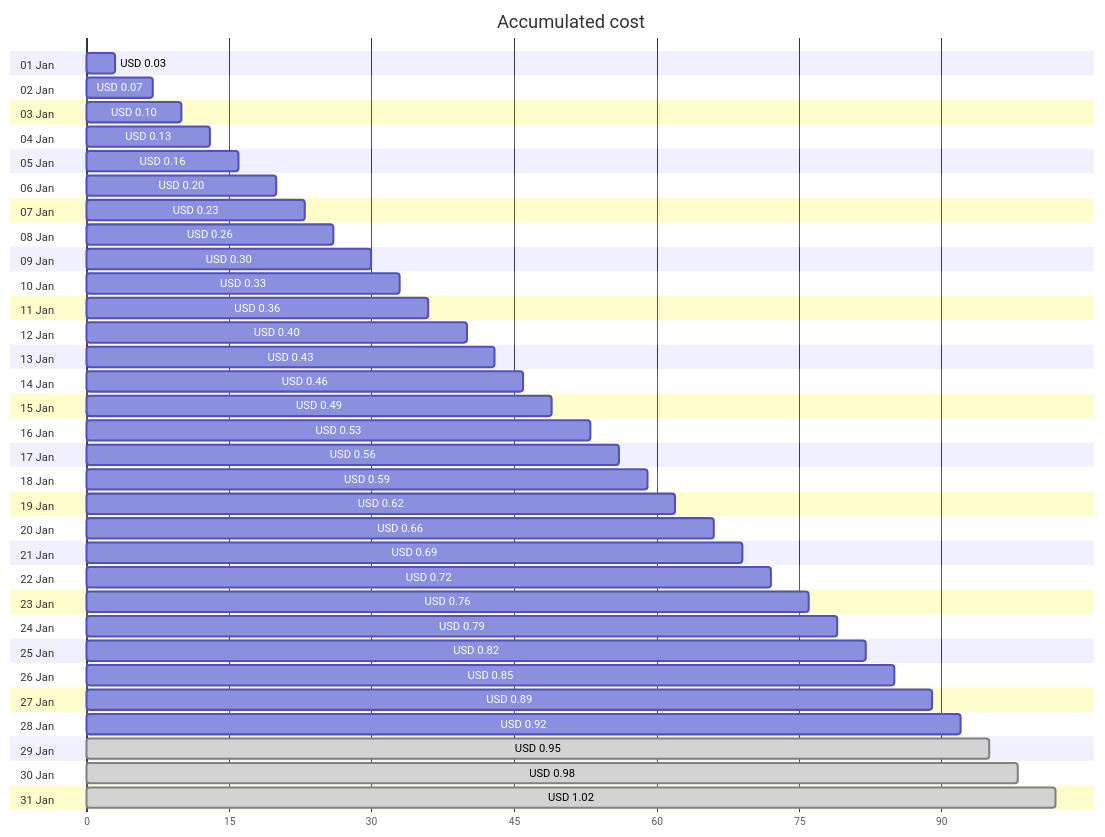
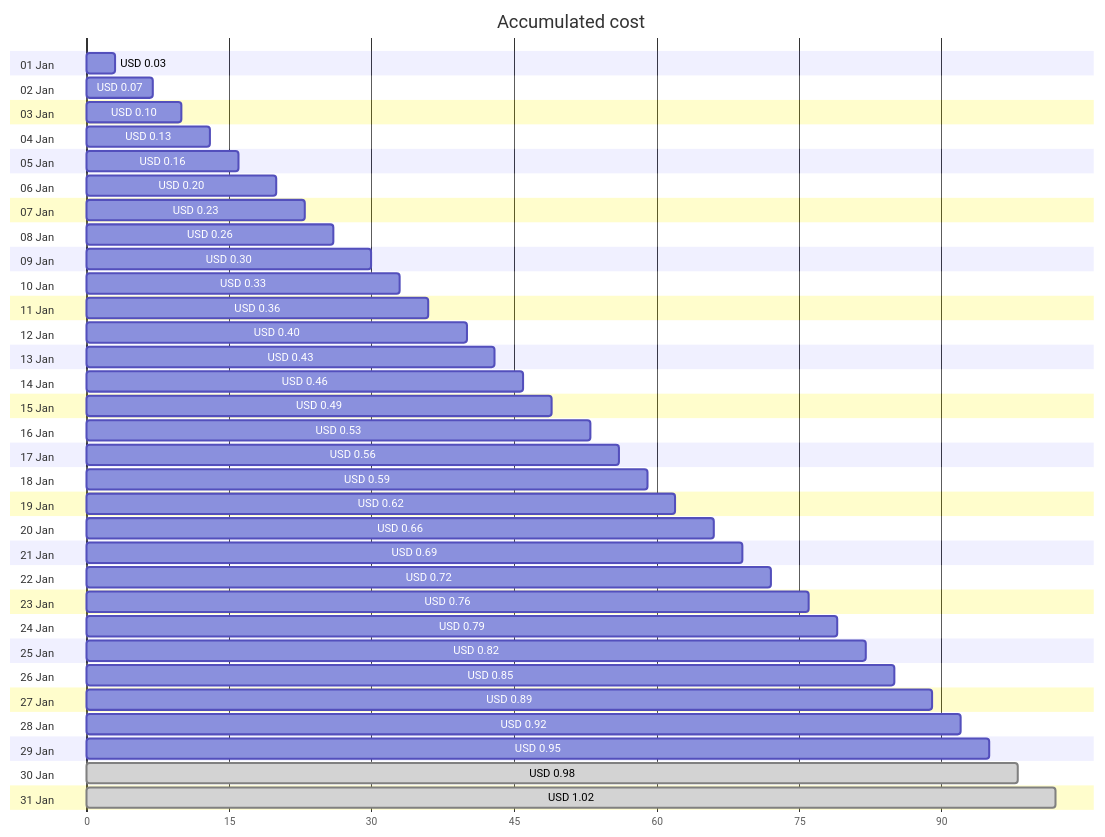
One commit to jpfulton/azure-personal-reports changed the first of 4 diagrams in cost-reports/personal-dns/README.md. Above: the diagram before and after it, drawn with Mermaid. The commit also changed other lines of this file and 2 other files, not shown here.

````diff
--- a/cost-reports/personal-dns/README.md
+++ b/cost-reports/personal-dns/README.md
@@ -20,68 +20,68 @@
 ```mermaid
 gantt
    title Accumulated cost
    dateFormat  X
    axisFormat %s
    section 01 Jan
    USD 0.03 :0, 3
    section 02 Jan
    USD 0.07 :0, 7
    section 03 Jan
    USD 0.10 :0, 10
    section 04 Jan
    USD 0.13 :0, 13
    section 05 Jan
    USD 0.16 :0, 16
    section 06 Jan
    USD 0.20 :0, 20
    section 07 Jan
    USD 0.23 :0, 23
    section 08 Jan
    USD 0.26 :0, 26
    section 09 Jan
    USD 0.30 :0, 30
    section 10 Jan
    USD 0.33 :0, 33
    section 11 Jan
    USD 0.36 :0, 36
    section 12 Jan
    USD 0.40 :0, 40
    section 13 Jan
    USD 0.43 :0, 43
    section 14 Jan
    USD 0.46 :0, 46
    section 15 Jan
    USD 0.49 :0, 49
    section 16 Jan
    USD 0.53 :0, 53
    section 17 Jan
    USD 0.56 :0, 56
    section 18 Jan
    USD 0.59 :0, 59
    section 19 Jan
    USD 0.62 :0, 62
    section 20 Jan
    USD 0.66 :0, 66
    section 21 Jan
    USD 0.69 :0, 69
    section 22 Jan
    USD 0.72 :0, 72
    section 23 Jan
    USD 0.76 :0, 76
    section 24 Jan
    USD 0.79 :0, 79
    section 25 Jan
    USD 0.82 :0, 82
    section 26 Jan
    USD 0.85 :0, 85
    section 27 Jan
    USD 0.89 :0, 89
    section 28 Jan
    USD 0.92 :0, 92
    section 29 Jan
-   USD 0.95 : done, 0, 95
+   USD 0.95 :0, 95
    section 30 Jan
    USD 0.98 : done, 0, 98
    section 31 Jan
    USD 1.02 : done, 0, 102
 ```
````
